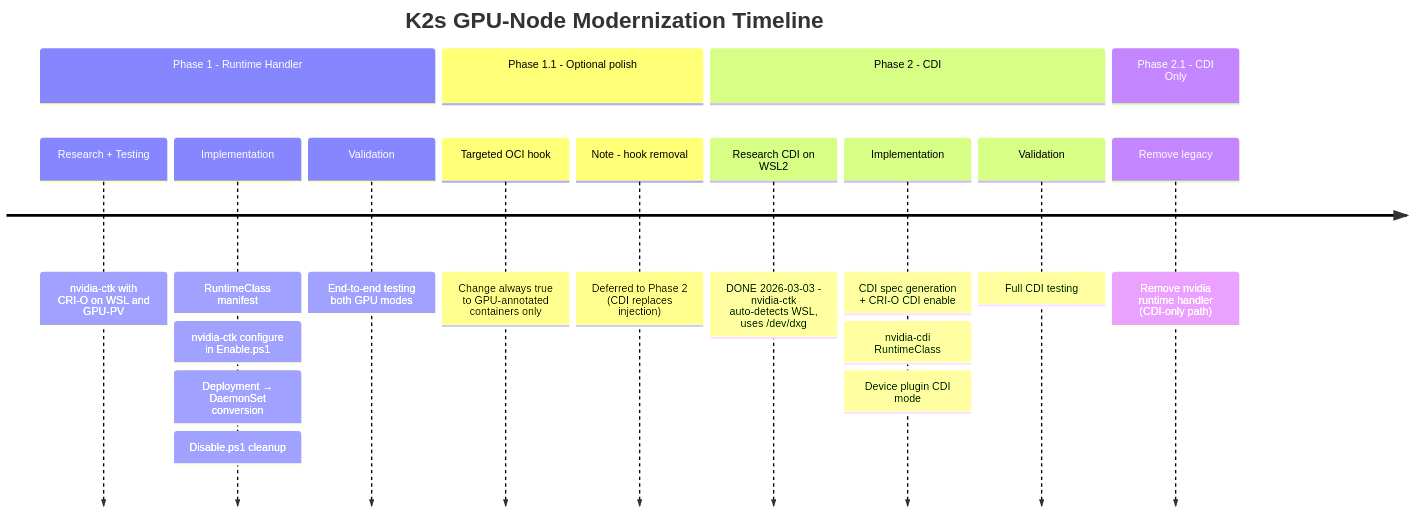
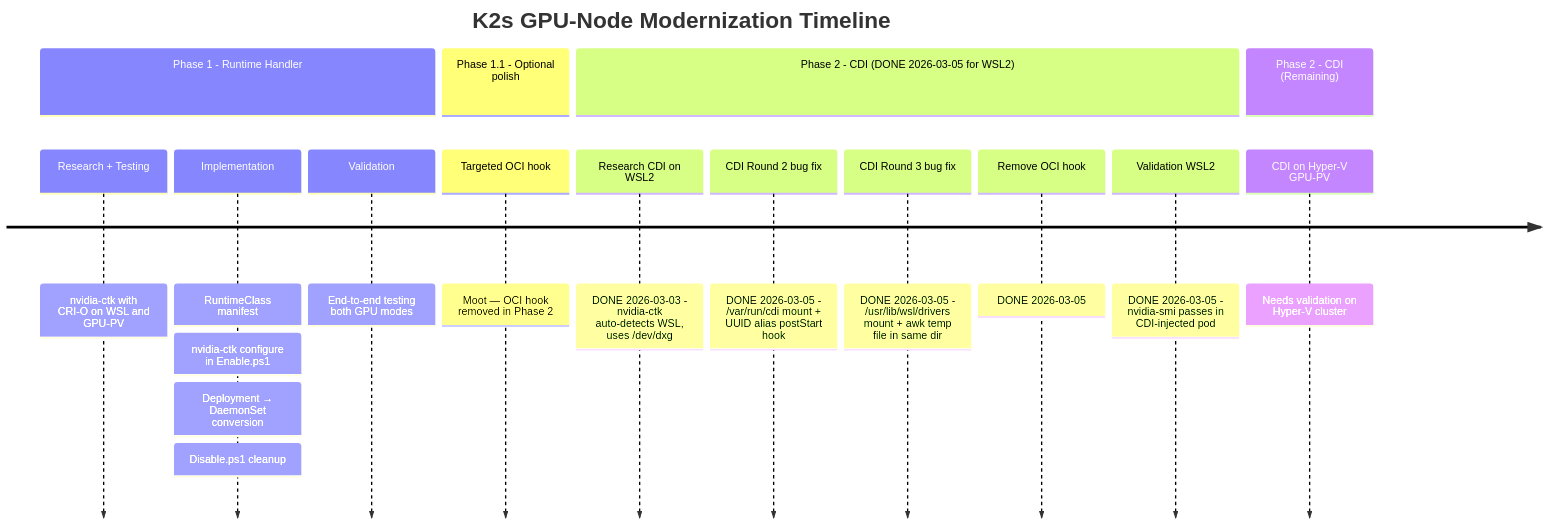
Before and after one commit to Siemens-Healthineers/K2s: diagram 14 of 16 in docs/dev-guide/contributing/gpu-node-roadmap.md, drawn with Mermaid. The commit also changed other lines of this file and 6 other files, not shown here.

First line of the commit message:
gpu-node: implement Phase 2 CDI device passthrough (WSL2/dxcore)

````diff
--- a/docs/dev-guide/contributing/gpu-node-roadmap.md
+++ b/docs/dev-guide/contributing/gpu-node-roadmap.md
@@ -994,22 +1127,21 @@
 ```mermaid
 timeline
     title K2s GPU-Node Modernization Timeline
     section Phase 1 - Runtime Handler
         Research + Testing : nvidia-ctk with CRI-O on WSL and GPU-PV
         Implementation : RuntimeClass manifest
                        : nvidia-ctk configure in Enable.ps1
                        : Deployment → DaemonSet conversion
                        : Disable.ps1 cleanup
         Validation : End-to-end testing both GPU modes
     section Phase 1.1 - Optional polish
-        Targeted OCI hook : Change always true to GPU-annotated containers only
-        Note - hook removal : Deferred to Phase 2 (CDI replaces injection)
-    section Phase 2 - CDI
+        Targeted OCI hook : Moot — OCI hook removed in Phase 2
+    section Phase 2 - CDI (DONE 2026-03-05 for WSL2)
         Research CDI on WSL2 : DONE 2026-03-03 - nvidia-ctk auto-detects WSL, uses /dev/dxg
-        Implementation : CDI spec generation + CRI-O CDI enable
-                       : nvidia-cdi RuntimeClass
-                       : Device plugin CDI mode
-        Validation : Full CDI testing
-    section Phase 2.1 - CDI Only
-        Remove legacy : Remove nvidia runtime handler (CDI-only path)
+        CDI Round 2 bug fix : DONE 2026-03-05 - /var/run/cdi mount + UUID alias postStart hook
+        CDI Round 3 bug fix : DONE 2026-03-05 - /usr/lib/wsl/drivers mount + awk temp file in same dir
+        Remove OCI hook : DONE 2026-03-05
+        Validation WSL2 : DONE 2026-03-05 - nvidia-smi passes in CDI-injected pod
+    section Phase 2 - CDI (Remaining)
+        CDI on Hyper-V GPU-PV : Needs validation on Hyper-V cluster
 ```
````
